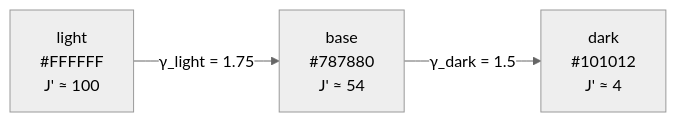
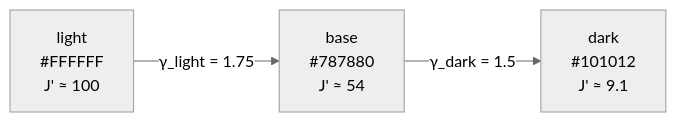
One commit to Labpics-Team/lab-colors changed the second of 4 diagrams in README.md. Above: the diagram before and after it, drawn with Mermaid (neutral theme). The commit also changed other lines of this file and 9 other files, not shown here.

````diff
--- a/README.md
+++ b/README.md
@@ -96,5 +96,5 @@
 ```mermaid
 graph LR
     L["light\n#FFFFFF\nJ' ≈ 100"] -->|"γ_light = 1.75"| B["base\n#787880\nJ' ≈ 54"]
-    B -->|"γ_dark = 1.5"| D["dark\n#101012\nJ' ≈ 4"]
+    B -->|"γ_dark = 1.5"| D["dark\n#101012\nJ' ≈ 9.1"]
 ```
````
